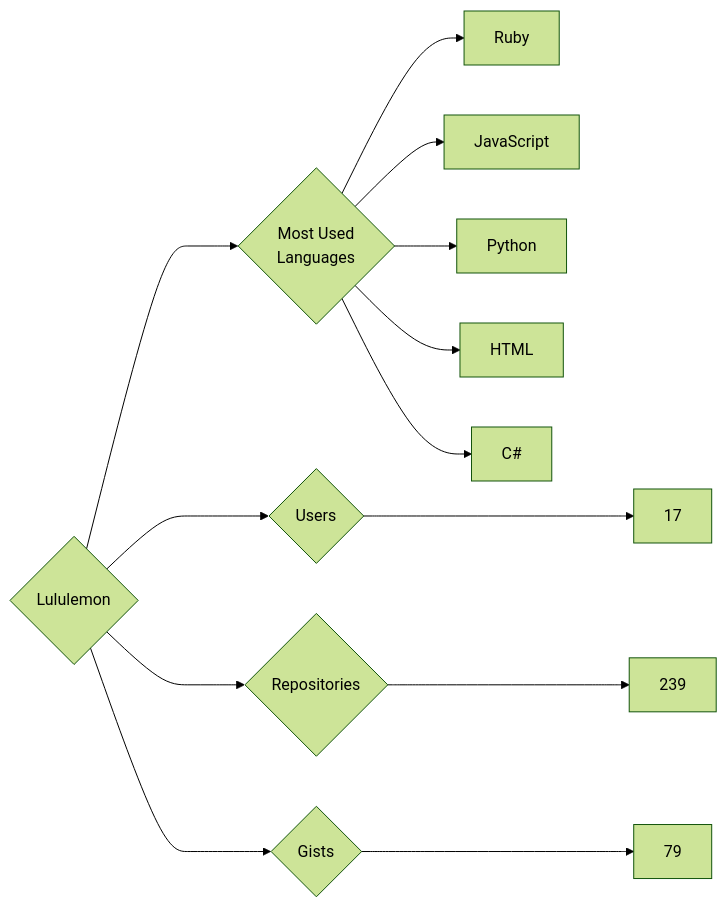
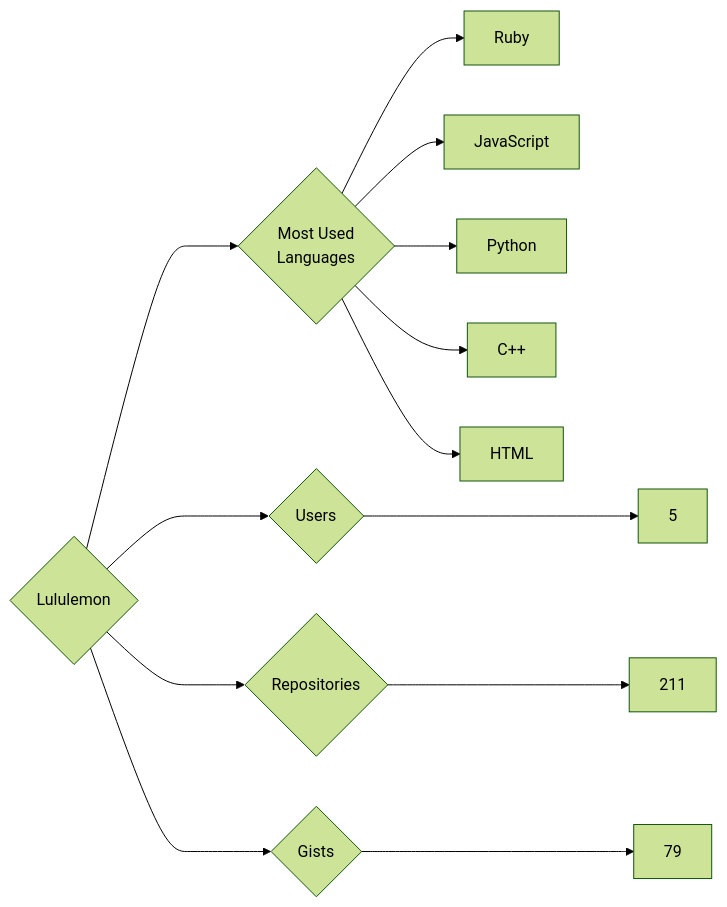
One commit to trickest/insiders changed the diagram in targets/Lululemon/README.md. Above: the diagram before and after it, drawn with Mermaid (forest theme). The commit also changed 629 other files, not shown here.

````diff
--- a/targets/Lululemon/README.md
+++ b/targets/Lululemon/README.md
@@ -3,13 +3,13 @@
 ```mermaid
 graph LR
 COMPANY_NAME{Lululemon}
-COMPANY_NAME ---> U{Users} ---> UN[17]
-COMPANY_NAME ---> R{Repositories} ---> RN[239]
+COMPANY_NAME ---> U{Users} ---> UN[5]
+COMPANY_NAME ---> R{Repositories} ---> RN[211]
 COMPANY_NAME ---> G{Gists} ---> GN[79]
 COMPANY_NAME ---> ML{Most Used<br>Languages}
 ML --> Ruby[Ruby]
 ML --> JavaScript[JavaScript]
 ML --> Python[Python]
+ML --> C++[C++]
 ML --> HTML[HTML]
-ML --> C#[C#]
 ```
````
